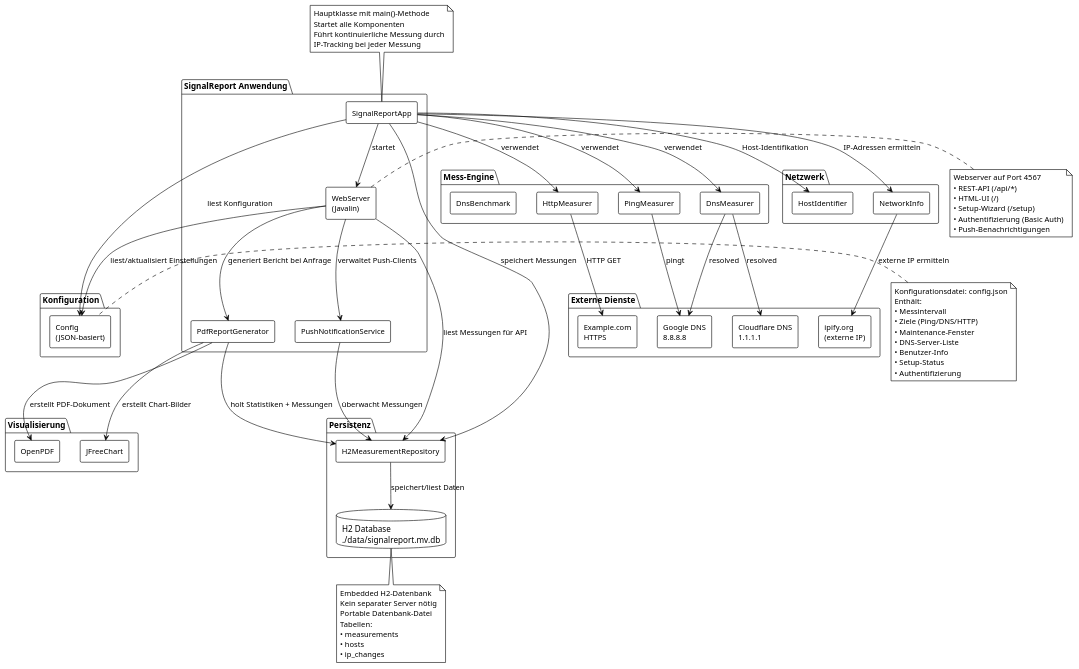
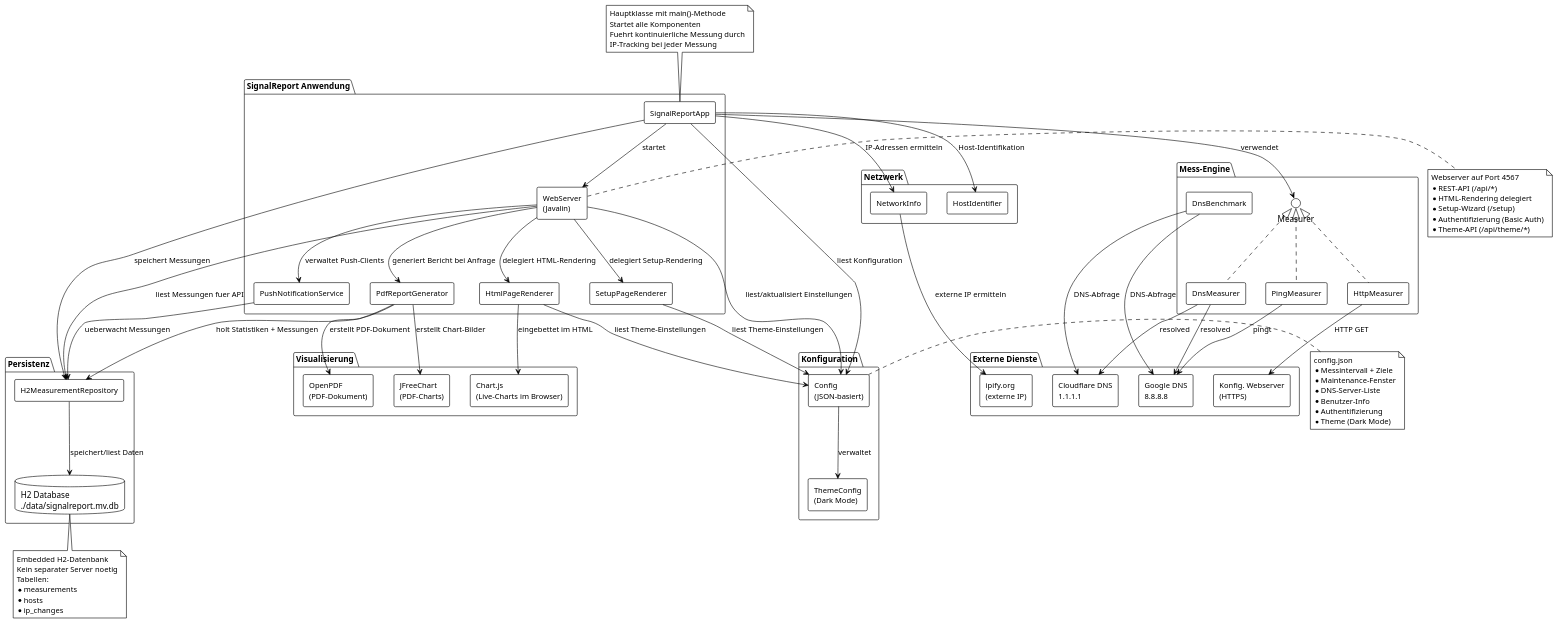
Before and after one commit to matthili/SignalReport: the diagram in docs/diagrams/component-diagram.puml, drawn with PlantUML. The commit also changed 25 other files, not shown here.

```diff
--- a/docs/diagrams/component-diagram.puml
+++ b/docs/diagrams/component-diagram.puml
@@ -1,111 +1,125 @@
 @startuml SignalReport - Komponenten-Diagramm
 !theme plain
 skinparam componentFontSize 13
 skinparam componentStyle rectangle
 
 package "SignalReport Anwendung" {
   [SignalReportApp] as App
   [WebServer\n(Javalin)] as Web
+  [HtmlPageRenderer] as HtmlRenderer
+  [SetupPageRenderer] as SetupRenderer
   [PdfReportGenerator] as PDF
   [PushNotificationService] as Push
 }
 
 package "Mess-Engine" {
   [PingMeasurer] as Ping
   [DnsMeasurer] as DNS
   [HttpMeasurer] as HTTP
   [DnsBenchmark] as Benchmark
+
+  interface "Measurer" as IMeasurer
+  IMeasurer <|.. Ping
+  IMeasurer <|.. DNS
+  IMeasurer <|.. HTTP
 }
 
 package "Persistenz" {
   [H2MeasurementRepository] as Repo
   database "H2 Database\n./data/signalreport.mv.db" as DB
 }
 
 package "Konfiguration" {
   [Config\n(JSON-basiert)] as Config
+  [ThemeConfig\n(Dark Mode)] as Theme
 }
 
 package "Netzwerk" {
   [HostIdentifier] as HostID
   [NetworkInfo] as NetInfo
 }
 
 package "Visualisierung" {
-  [JFreeChart] as Chart
-  [OpenPDF] as OpenPDF
+  [JFreeChart\n(PDF-Charts)] as Chart
+  [OpenPDF\n(PDF-Dokument)] as OpenPDF
+  [Chart.js\n(Live-Charts im Browser)] as ChartJS
 }
 
 package "Externe Dienste" {
   [Google DNS\n8.8.8.8] as GoogleDNS
   [Cloudflare DNS\n1.1.1.1] as CloudflareDNS
-  [Example.com\nHTTPS] as Example
+  [Konfig. Webserver\n(HTTPS)] as WebTarget
   [ipify.org\n(externe IP)] as Ipify
 }
 
 App --> Web : startet
-App --> Ping : verwendet
-App --> DNS : verwendet
-App --> HTTP : verwendet
+App --> IMeasurer : verwendet
 App --> Repo : speichert Messungen
 App --> HostID : Host-Identifikation
 App --> NetInfo : IP-Adressen ermitteln
 App --> Config : liest Konfiguration
 
-Web --> Repo : liest Messungen für API
+Web --> HtmlRenderer : delegiert HTML-Rendering
+Web --> SetupRenderer : delegiert Setup-Rendering
+Web --> Repo : liest Messungen fuer API
 Web --> PDF : generiert Bericht bei Anfrage
 Web --> Push : verwaltet Push-Clients
 Web --> Config : liest/aktualisiert Einstellungen
+
+HtmlRenderer --> Config : liest Theme-Einstellungen
+HtmlRenderer --> ChartJS : eingebettet im HTML
+SetupRenderer --> Config : liest Theme-Einstellungen
+
+Config --> Theme : verwaltet
 
 PDF --> Repo : holt Statistiken + Messungen
 PDF --> Chart : erstellt Chart-Bilder
 PDF --> OpenPDF : erstellt PDF-Dokument
 
-Push --> Repo : überwacht Messungen
+Push --> Repo : ueberwacht Messungen
 
 Ping --> GoogleDNS : pingt
 DNS --> GoogleDNS : resolved
 DNS --> CloudflareDNS : resolved
-HTTP --> Example : HTTP GET
+HTTP --> WebTarget : HTTP GET
+Benchmark --> GoogleDNS : DNS-Abfrage
+Benchmark --> CloudflareDNS : DNS-Abfrage
 NetInfo --> Ipify : externe IP ermitteln
 
 Repo --> DB : speichert/liest Daten
 
 note top of App
   Hauptklasse mit main()-Methode
   Startet alle Komponenten
-  Führt kontinuierliche Messung durch
+  Fuehrt kontinuierliche Messung durch
   IP-Tracking bei jeder Messung
 end note
 
 note right of Web
   Webserver auf Port 4567
-  • REST-API (/api/*)
-  • HTML-UI (/)
-  • Setup-Wizard (/setup)
-  • Authentifizierung (Basic Auth)
-  • Push-Benachrichtigungen
+  * REST-API (/api/*)
+  * HTML-Rendering delegiert
+  * Setup-Wizard (/setup)
+  * Authentifizierung (Basic Auth)
+  * Theme-API (/api/theme/*)
 end note
 
 note bottom of DB
   Embedded H2-Datenbank
-  Kein separater Server nötig
-  Portable Datenbank-Datei
+  Kein separater Server noetig
   Tabellen:
-  • measurements
-  • hosts
-  • ip_changes
+  * measurements
+  * hosts
+  * ip_changes
 end note
 
 note left of Config
-  Konfigurationsdatei: config.json
-  Enthält:
-  • Messintervall
-  • Ziele (Ping/DNS/HTTP)
-  • Maintenance-Fenster
-  • DNS-Server-Liste
-  • Benutzer-Info
-  • Setup-Status
-  • Authentifizierung
+  config.json
+  * Messintervall + Ziele
+  * Maintenance-Fenster
+  * DNS-Server-Liste
+  * Benutzer-Info
+  * Authentifizierung
+  * Theme (Dark Mode)
 end note
 @enduml
```
